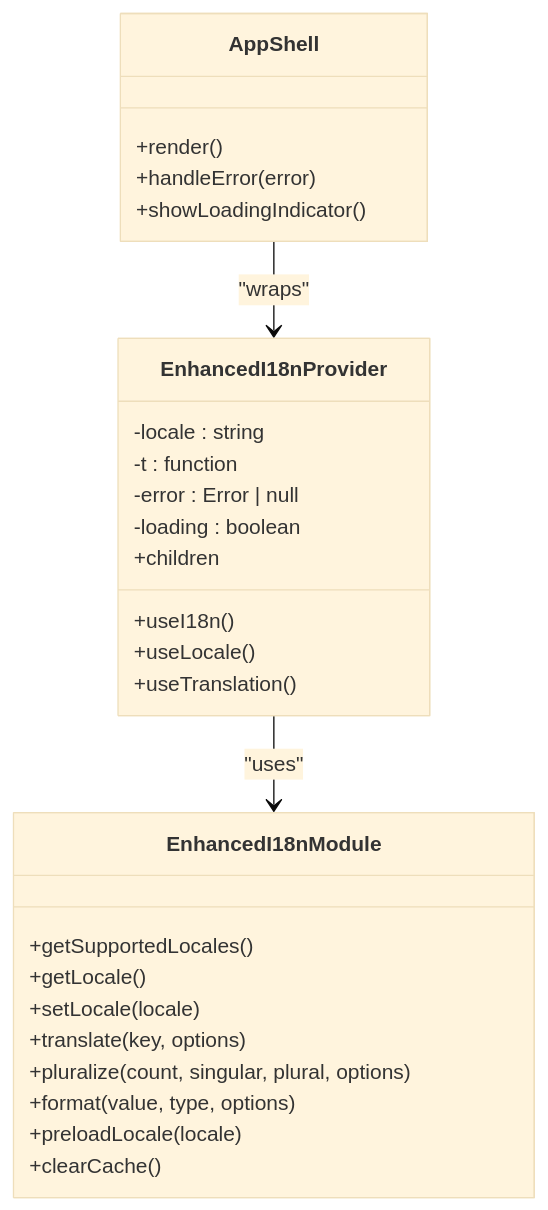
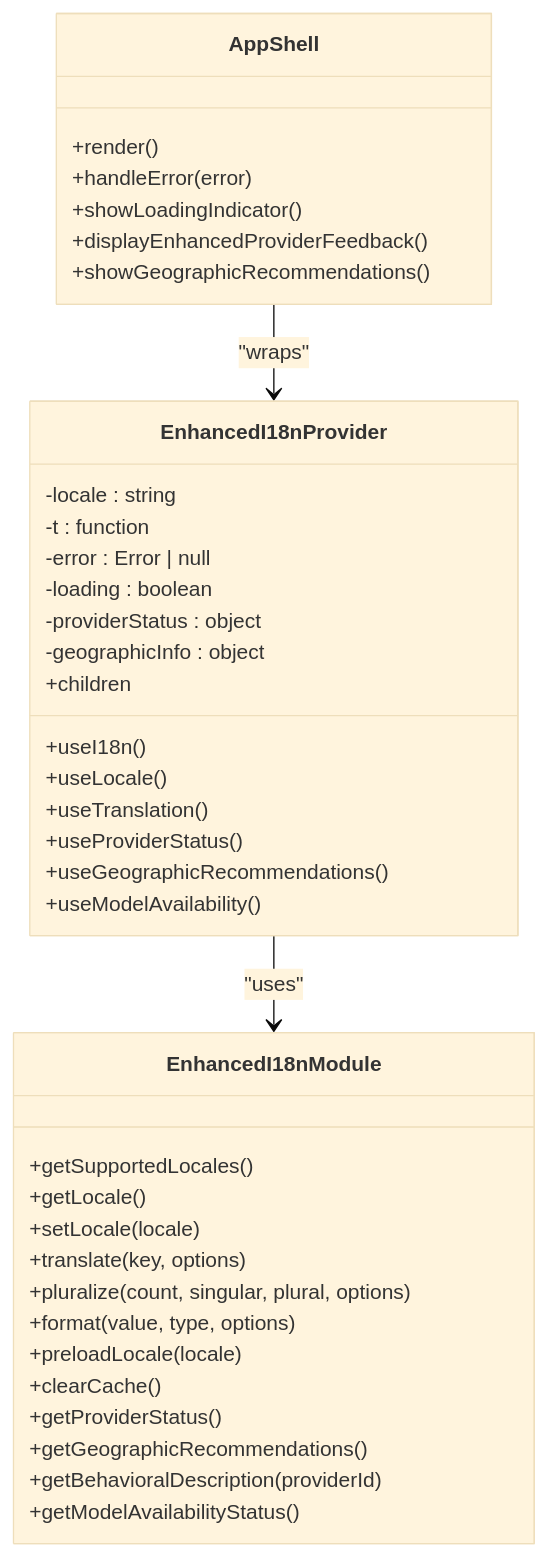
The third of 5 diagrams in .qoder/repowiki/en/content/Utility Libraries/Internationalization (i18n).md (zmyeo54/briefroom), drawn with Mermaid (base theme) before and after one commit. The commit also changed other lines of this file and 42 other files, not shown here.

````diff
--- a/.qoder/repowiki/en/content/Utility Libraries/Internationalization (i18n).md
+++ b/.qoder/repowiki/en/content/Utility Libraries/Internationalization (i18n).md
@@ -215,30 +243,41 @@
 ```mermaid
 classDiagram
 class EnhancedI18nModule {
 +getSupportedLocales()
 +getLocale()
 +setLocale(locale)
 +translate(key, options)
 +pluralize(count, singular, plural, options)
 +format(value, type, options)
 +preloadLocale(locale)
 +clearCache()
++getProviderStatus()
++getGeographicRecommendations()
++getBehavioralDescription(providerId)
++getModelAvailabilityStatus()
 }
 class EnhancedI18nProvider {
 -locale : string
 -t : function
 -error : Error | null
 -loading : boolean
+-providerStatus : object
+-geographicInfo : object
 +children
 +useI18n()
 +useLocale()
 +useTranslation()
++useProviderStatus()
++useGeographicRecommendations()
++useModelAvailability()
 }
 class AppShell {
 +render()
 +handleError(error)
 +showLoadingIndicator()
++displayEnhancedProviderFeedback()
++showGeographicRecommendations()
 }
 EnhancedI18nProvider --> EnhancedI18nModule : "uses"
 AppShell --> EnhancedI18nProvider : "wraps"
 ```
````
